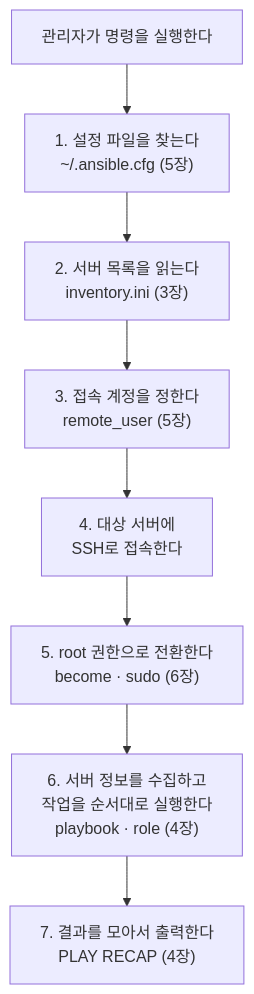
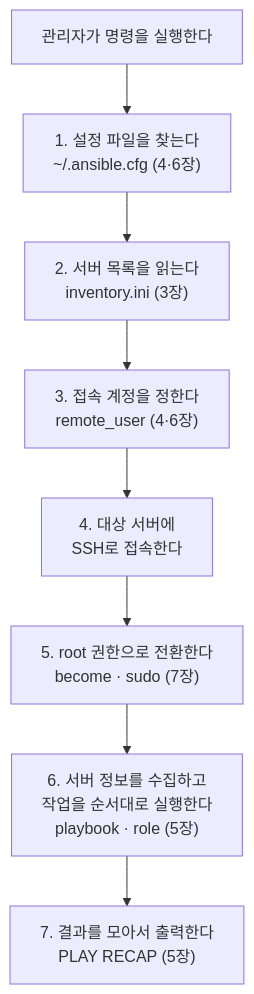
Before and after one commit to CSID-DGU/admin_wiki: the second of 2 diagrams in md/system/ansible/basic.md, drawn with Mermaid. The commit also changed other lines of this file and 15 other files, not shown here.

````diff
--- a/md/system/ansible/basic.md
+++ b/md/system/ansible/basic.md
@@ -499,11 +643,11 @@
 ```mermaid
 flowchart TD
     S["관리자가 명령을 실행한다"]
-    S --> C1["1. 설정 파일을 찾는다<br/>~/.ansible.cfg (5장)"]
+    S --> C1["1. 설정 파일을 찾는다<br/>~/.ansible.cfg (4·6장)"]
     C1 --> C2["2. 서버 목록을 읽는다<br/>inventory.ini (3장)"]
-    C2 --> C3["3. 접속 계정을 정한다<br/>remote_user (5장)"]
+    C2 --> C3["3. 접속 계정을 정한다<br/>remote_user (4·6장)"]
     C3 --> C4["4. 대상 서버에<br/>SSH로 접속한다"]
-    C4 --> C5["5. root 권한으로 전환한다<br/>become · sudo (6장)"]
-    C5 --> C6["6. 서버 정보를 수집하고<br/>작업을 순서대로 실행한다<br/>playbook · role (4장)"]
-    C6 --> C7["7. 결과를 모아서 출력한다<br/>PLAY RECAP (4장)"]
+    C4 --> C5["5. root 권한으로 전환한다<br/>become · sudo (7장)"]
+    C5 --> C6["6. 서버 정보를 수집하고<br/>작업을 순서대로 실행한다<br/>playbook · role (5장)"]
+    C6 --> C7["7. 결과를 모아서 출력한다<br/>PLAY RECAP (5장)"]
 ```
````
